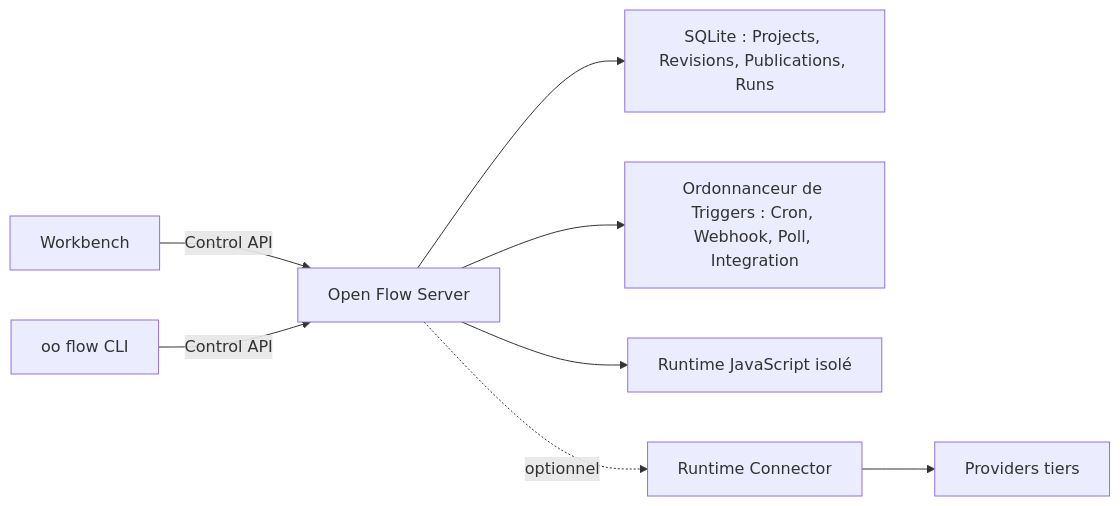
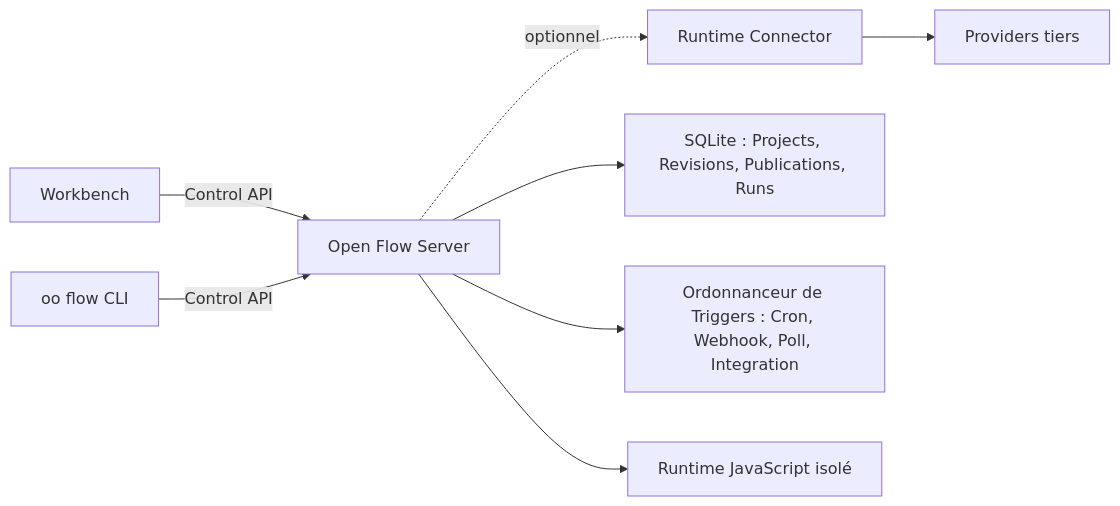
Before and after one commit to l1shen/open-flow-oomo-lab: the diagram in docs/README.fr.md, drawn with Mermaid. The commit also changed other lines of this file and 6 other files, not shown here.

First line of the commit message:
Fix README architecture diagram layout (#19)

````diff
--- a/docs/README.fr.md
+++ b/docs/README.fr.md
@@ -60,10 +60,10 @@
 ```mermaid
 flowchart LR
   Workbench["Workbench"] -->|"Control API"| Server["Open Flow Server"]
   CLI["oo flow CLI"] -->|"Control API"| Server
+  Server -. "optionnel" .-> Connector["Runtime Connector"]
+  Connector --> Providers["Providers tiers"]
   Server --> Store["SQLite : Projects, Revisions, Publications, Runs"]
   Server --> Triggers["Ordonnanceur de Triggers : Cron, Webhook, Poll, Integration"]
   Server --> Runtime["Runtime JavaScript isolé"]
-  Server -. "optionnel" .-> Connector["Runtime Connector"]
-  Connector --> Providers["Providers tiers"]
 ```
````
